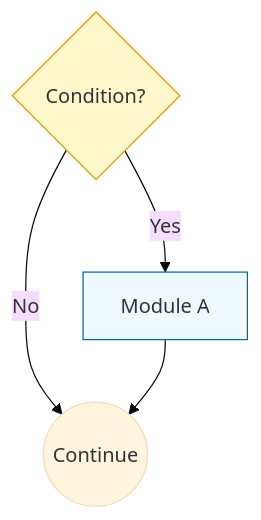
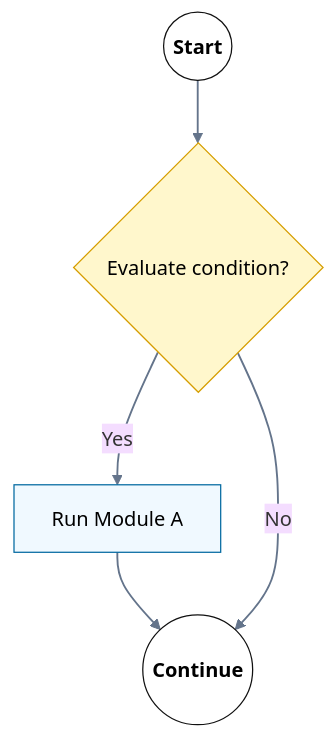
Before and after one commit to M-F-Tushar/CSE-2101-Data-Structure: the fourth of 7 diagrams in Chapter 2 - Preliminaries/README.md, drawn with Mermaid (base theme). The commit also changed other lines of this file, not shown here.

````diff
--- a/Chapter 2 - Preliminaries/README.md
+++ b/Chapter 2 - Preliminaries/README.md
@@ -545,10 +551,13 @@
 ```mermaid
 flowchart TD
-    %% Single-alternative selection logic
-    classDef decision fill:#fff7cc,stroke:#d69e00
-    classDef module fill:#f0f9ff,stroke:#0369a1
-    Cond{"Condition?"}:::decision
-    Cond -- Yes --> A["Module A"]:::module
-    Cond -- No --> Continue(("Continue"))
-    A --> Continue
+    %% Single-alternative selection logic with explicit flow
+    classDef terminal fill:#ffffff,stroke:#111,color:#000,font-weight:600;
+    classDef decision fill:#fff7cc,stroke:#d69e00,color:#000;
+    classDef process fill:#f0f9ff,stroke:#0369a1,color:#000;
+
+    Start((Start)):::terminal --> Cond{"Evaluate condition?"}:::decision
+    Cond -- Yes --> ModuleA["Run Module A"]:::process --> End((Continue)):::terminal
+    Cond -- No --> End
+
+    linkStyle default stroke:#64748b,stroke-width:1.5px
 ```
````
